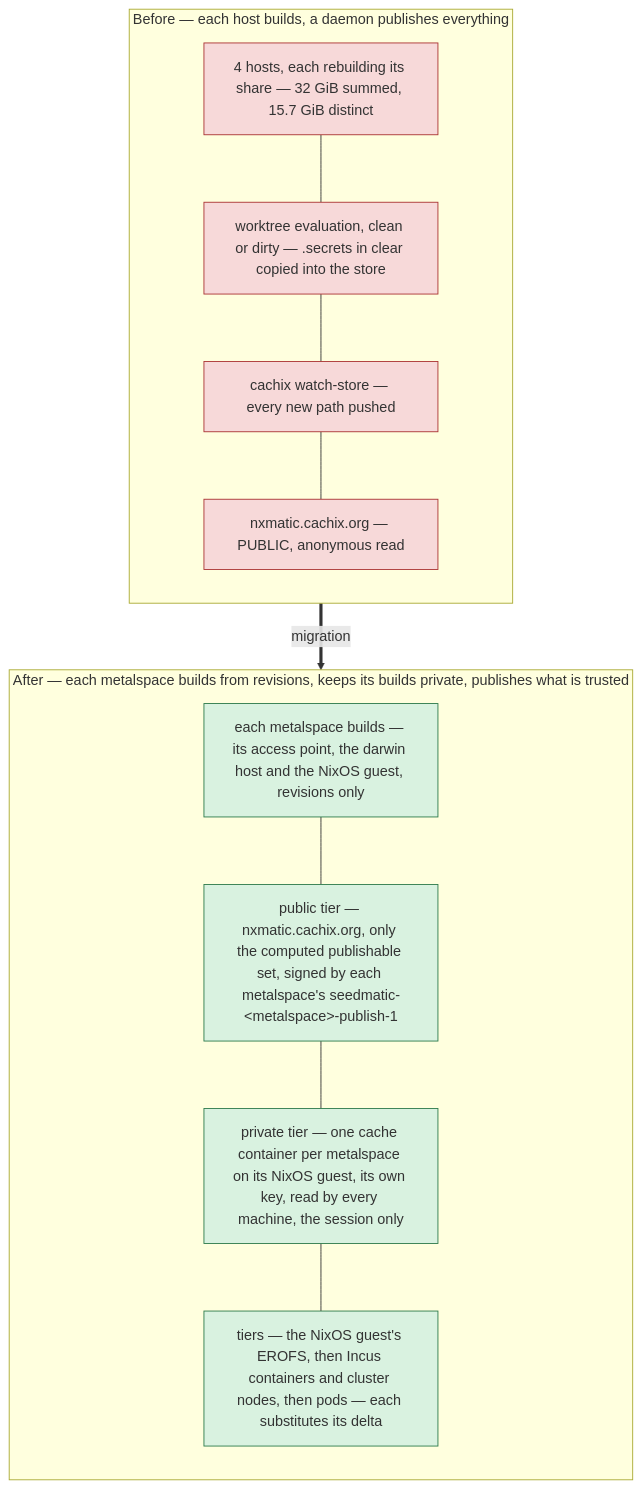
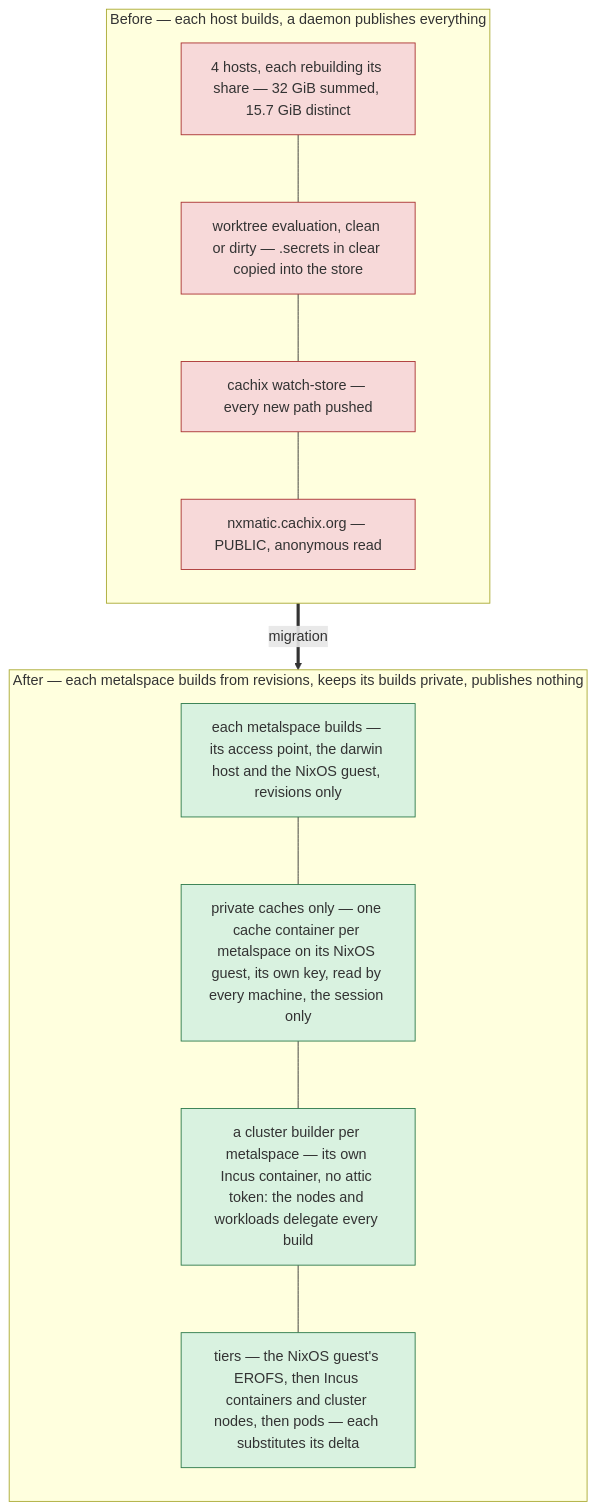
One commit to seedmatic/rke2lab changed the seventh of 8 diagrams in docs/architecture/atlas/fabric-control-plane.adoc. Above: the diagram before and after it, drawn with Mermaid. The commit also changed other lines of this file, not shown here.

First line of the commit message:
docs(atlas): the private binary cache, private only, with a cluster builder per metalspace

```diff
--- a/docs/architecture/atlas/fabric-control-plane.adoc
+++ b/docs/architecture/atlas/fabric-control-plane.adoc
@@ -473,24 +476,24 @@
 [mermaid]
 ....
 flowchart TB
   subgraph BEFORE["Before — each host builds, a daemon publishes everything"]
     direction TB
     b1["4 hosts, each rebuilding its share — 32 GiB summed, 15.7 GiB distinct"]:::ko
     b2["worktree evaluation, clean or dirty — .secrets in clear copied into the store"]:::ko
     b3["cachix watch-store — every new path pushed"]:::ko
     b4["nxmatic.cachix.org — PUBLIC, anonymous read"]:::ko
     b1 --- b2 --- b3 --- b4
   end
-  subgraph AFTER["After — each metalspace builds from revisions, keeps its builds private, publishes what is trusted"]
+  subgraph AFTER["After — each metalspace builds from revisions, keeps its builds private, publishes nothing"]
     direction TB
     a1["each metalspace builds — its access point, the darwin host and the NixOS guest, revisions only"]:::ok
-    a2["public tier — nxmatic.cachix.org, only the computed publishable set, signed by each metalspace's seedmatic-#lt;metalspace#gt;-publish-1"]:::ok
-    a3["private tier — one cache container per metalspace on its NixOS guest, its own key, read by every machine, the session only"]:::ok
+    a3["private caches only — one cache container per metalspace on its NixOS guest, its own key, read by every machine, the session only"]:::ok
+    a2["a cluster builder per metalspace — its own Incus container, no attic token: the nodes and workloads delegate every build"]:::ok
     a4["tiers — the NixOS guest's EROFS, then Incus containers and cluster nodes, then pods — each substitutes its delta"]:::ok
-    a1 --- a2 --- a3 --- a4
+    a1 --- a3 --- a2 --- a4
   end
   BEFORE ==>|"migration"| AFTER
 
   classDef ko fill:#f7d9d9,stroke:#a33;
   classDef ok fill:#d9f2e0,stroke:#2d7a4b;
 ....
```
